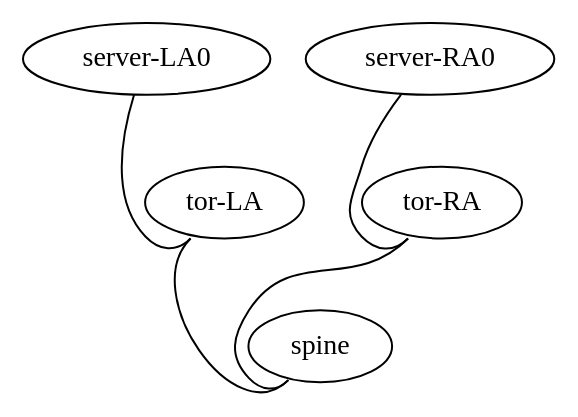
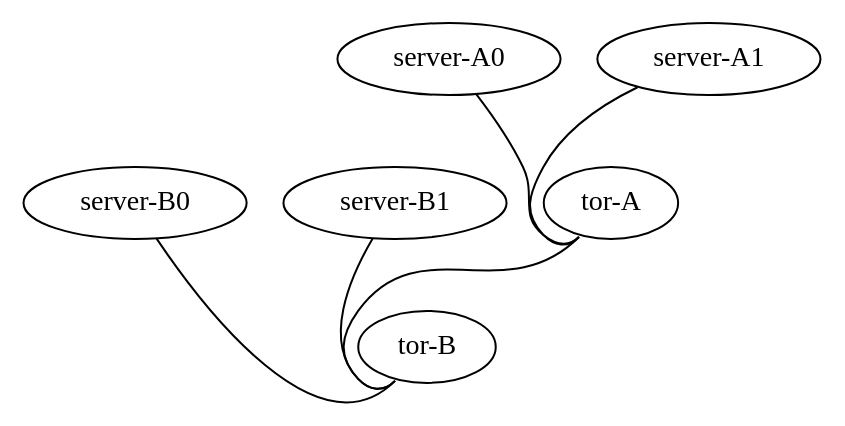
One commit to datacompucrs/DataCenter-1 changed the diagram in Vagrant/Get_Started/topology.dot. Above: the diagram before and after it, drawn with Graphviz. The commit also changed 22 other files, not shown here.

```diff
--- a/Vagrant/Get_Started/topology.dot
+++ b/Vagrant/Get_Started/topology.dot
@@ -1,14 +1,16 @@
 graph vx {
-"spine" [function="leaf" vagrant="eth1" os="hashicorp/bionic64" version="1.0.282" memory="600" config="./helper_scripts/config_production_switch.sh" ]
-"tor-LA" [function="leaf" vagrant="eth1" os="hashicorp/bionic64" version="1.0.282" memory="600" config="./helper_scripts/config_production_switch.sh" ]
-"server-LA0" [function="host" vagrant="eth3" os="hashicorp/bionic64" version="1.0.282" memory="600" config="./helper_scripts/config_production_server.sh" ]
+"tor-A" [function="leaf" vagrant="eth1" os="hashicorp/bionic64" version="1.0.282" memory="700" config="./helper_scripts/config_production_switch.sh" ]
+"server-A0" [function="host" vagrant="eth3" os="hashicorp/bionic64" version="1.0.282" memory="700" config="./helper_scripts/config_production_server.sh" ]
+"server-A1" [function="host" vagrant="eth3" os="hashicorp/bionic64" version="1.0.282" memory="700" config="./helper_scripts/config_production_server.sh" ]
 
-"tor-RA" [function="leaf" vagrant="eth1" os="hashicorp/bionic64" version="1.0.282" memory="600" config="./helper_scripts/config_production_switch.sh" ]
-"server-RA0" [function="host" vagrant="eth3" os="hashicorp/bionic64" version="1.0.282" memory="600" config="./helper_scripts/config_production_server.sh" ]
+"tor-B" [function="leaf" vagrant="eth1" os="hashicorp/bionic64" version="1.0.282" memory="700" config="./helper_scripts/config_production_switch.sh" ]
+"server-B0" [function="host" vagrant="eth3" os="hashicorp/bionic64" version="1.0.282" memory="700" config="./helper_scripts/config_production_server.sh" ]
+"server-B1" [function="host" vagrant="eth3" os="hashicorp/bionic64" version="1.0.282" memory="700" config="./helper_scripts/config_production_server.sh" ]
 
-"tor-LA":"swp50" -- "spine":"swp1"
-"tor-RA":"swp50" -- "spine":"swp2"
+"tor-A":"swp50" -- "tor-B":"swp49"
 
-"server-LA0":"eth1" -- "tor-LA":"swp1"
-"server-RA0":"eth1" -- "tor-RA":"swp1"
+"server-A0":"eth1" -- "tor-A":"swp1"
+"server-A1":"eth1" -- "tor-A":"swp2"
+"server-B0":"eth1" -- "tor-B":"swp1"
+"server-B1":"eth1" -- "tor-B":"swp2"
 }
```
